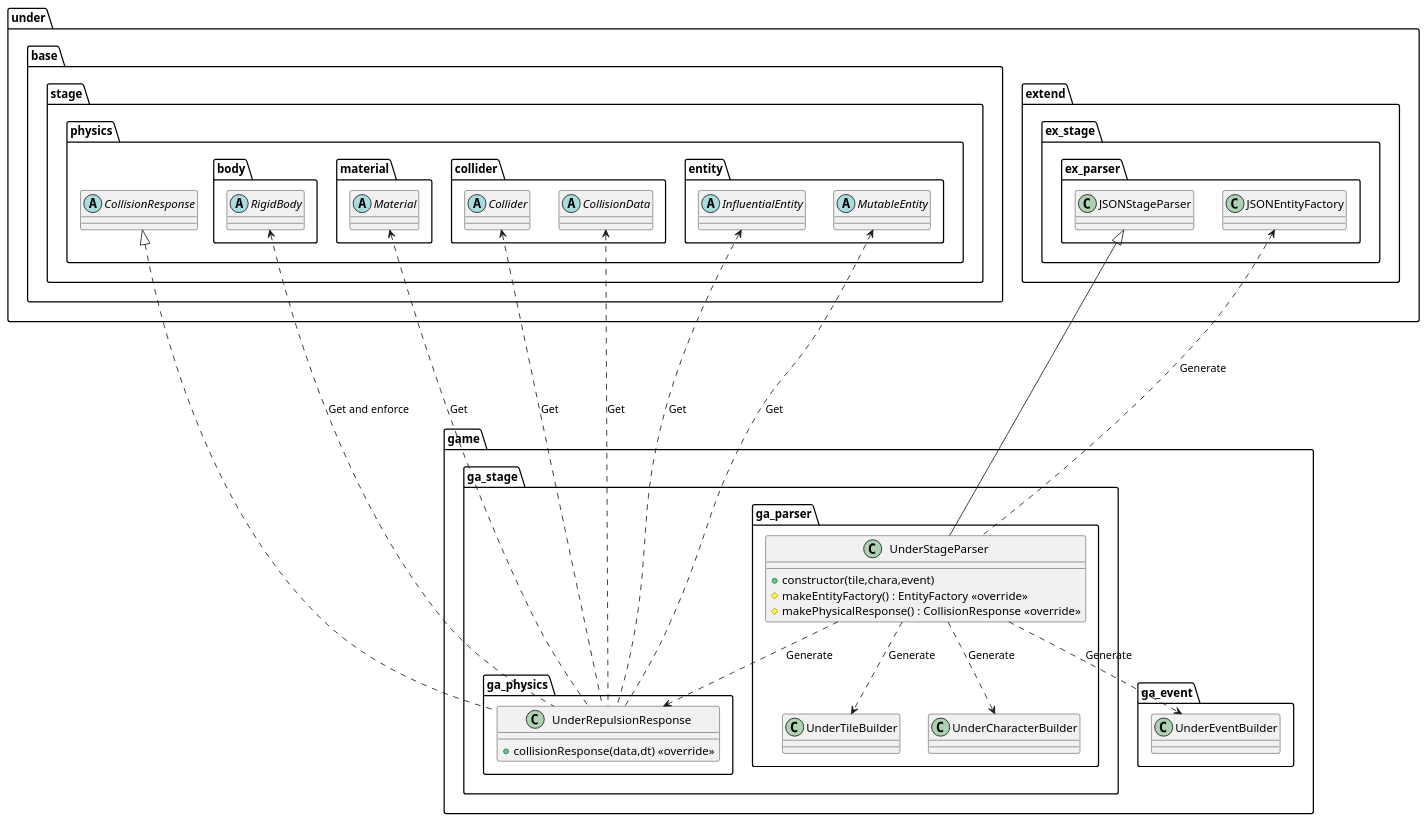
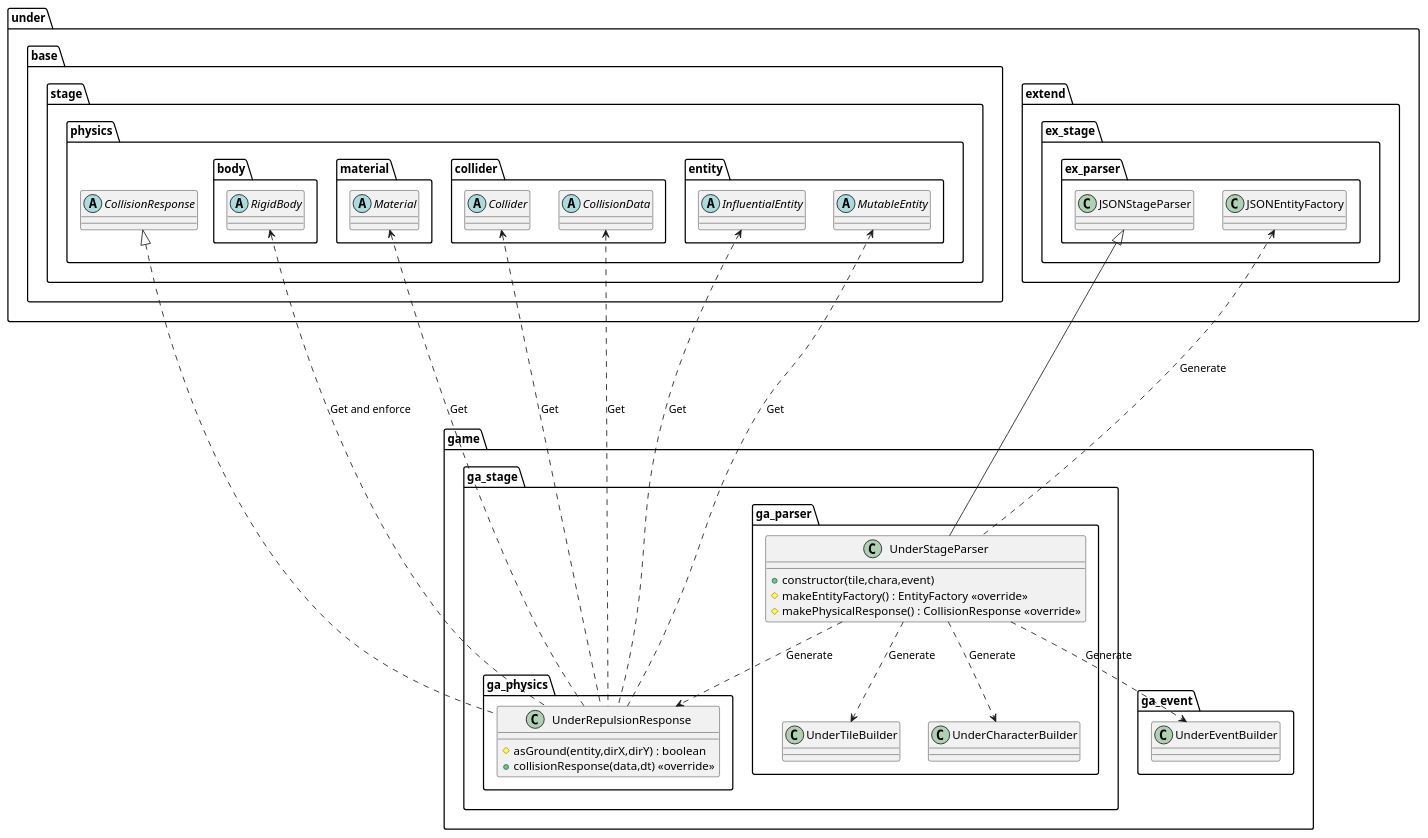
One commit to Expine/Under changed the diagram in uml/stage/Game.wsd. Above: the diagram before and after it, drawn with PlantUML. The commit also changed 37 other files, not shown here.

```diff
--- a/uml/stage/Game.wsd
+++ b/uml/stage/Game.wsd
@@ -1,84 +1,85 @@
 @startuml StageGame
 
 package game {
     package ga_stage {
         package ga_parser {
             class UnderStageParser {
                 +constructor(tile,chara,event)
                 #makeEntityFactory() : EntityFactory <<override>>
                 #makePhysicalResponse() : CollisionResponse <<override>>
             }
         }
 
         package ga_physics {
             class UnderRepulsionResponse {
+                #asGround(entity,dirX,dirY) : boolean
                 +collisionResponse(data,dt) <<override>>
             }
         }
     }
 }
 
 package game {
 }
 
 package under {
     package base {
         package stage {
             package physics {
                 abstract CollisionResponse
                 package body {
                     abstract RigidBody
                 }
                 package material {
                     abstract Material
                 }
                 package collider {
                     abstract Collider
                     abstract CollisionData
                 }
                 package entity {
                     abstract InfluentialEntity
                     abstract MutableEntity
                 }
             }
         }
     }
     package extend {
         package ex_stage {
             package ex_parser {
                 class JSONStageParser
                 class JSONEntityFactory
             }
         }
     }
 }
 
 package game {
     package ga_event {
         class UnderEventBuilder
     }
     package ga_stage {
         package ga_parser {
             class UnderTileBuilder
             class UnderCharacterBuilder
         }
     }
 }
 
 UnderStageParser ..> UnderTileBuilder : Generate
 UnderStageParser ..> UnderCharacterBuilder : Generate
 UnderStageParser ..> UnderEventBuilder : Generate
 UnderStageParser ..> UnderRepulsionResponse : Generate
 JSONEntityFactory <.. UnderStageParser : Generate
 
 RigidBody <.. UnderRepulsionResponse : Get and enforce
 Material <.. UnderRepulsionResponse : Get
 Collider <.. UnderRepulsionResponse : Get
 InfluentialEntity <.. UnderRepulsionResponse : Get
 MutableEntity <.. UnderRepulsionResponse : Get
 CollisionData <.. UnderRepulsionResponse : Get
 
 JSONStageParser <|-- UnderStageParser
 CollisionResponse <|.... UnderRepulsionResponse
 
 @enduml
```
